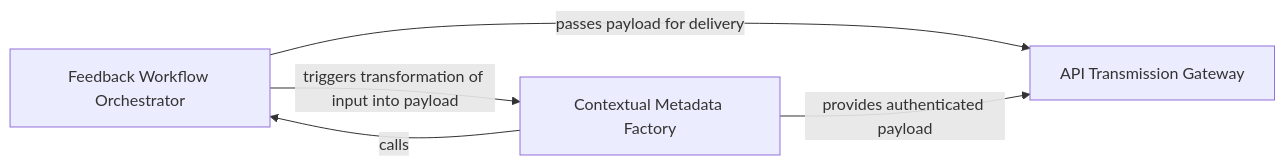
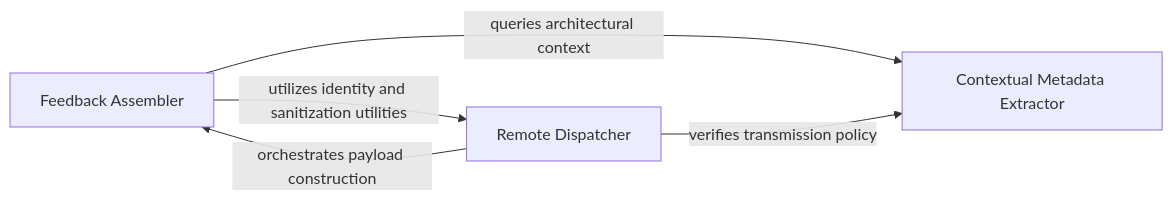
Before and after one commit to CodeBoarding/CodeBoarding-action: the fourth of 5 diagrams in docs/development/architecture.md, drawn with Mermaid. The commit also changed other lines of this file and 14 other files, not shown here.

Commit message:
chore(codeboarding): sync architecture baseline

````diff
--- a/docs/development/architecture.md
+++ b/docs/development/architecture.md
@@ -461,10 +390,10 @@
 ```mermaid
 graph LR
-    Feedback_Workflow_Orchestrator["Feedback Workflow Orchestrator"]
-    Contextual_Metadata_Factory["Contextual Metadata Factory"]
-    API_Transmission_Gateway["API Transmission Gateway"]
-    Feedback_Workflow_Orchestrator -- "triggers transformation of input into payload" --> Contextual_Metadata_Factory
-    Feedback_Workflow_Orchestrator -- "passes payload for delivery" --> API_Transmission_Gateway
-    Contextual_Metadata_Factory -- "provides authenticated payload" --> API_Transmission_Gateway
-    Contextual_Metadata_Factory -- "calls" --> Feedback_Workflow_Orchestrator
+    Contextual_Metadata_Extractor["Contextual Metadata Extractor"]
+    Feedback_Assembler["Feedback Assembler"]
+    Remote_Dispatcher["Remote Dispatcher"]
+    Feedback_Assembler -- "queries architectural context" --> Contextual_Metadata_Extractor
+    Feedback_Assembler -- "utilizes identity and sanitization utilities" --> Remote_Dispatcher
+    Remote_Dispatcher -- "verifies transmission policy" --> Contextual_Metadata_Extractor
+    Remote_Dispatcher -- "orchestrates payload construction" --> Feedback_Assembler
 ```
````
